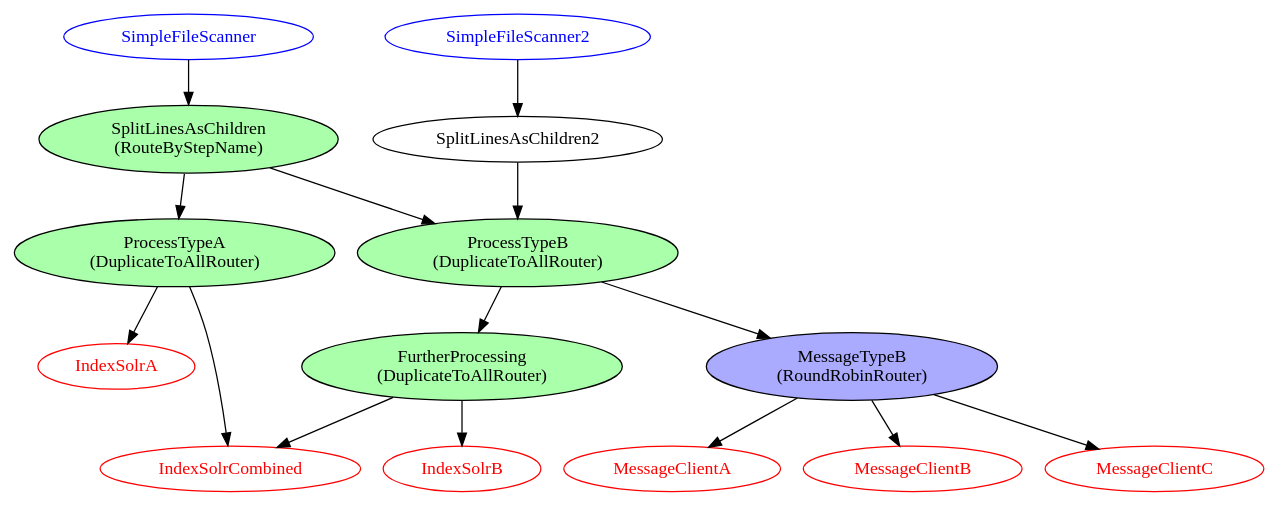
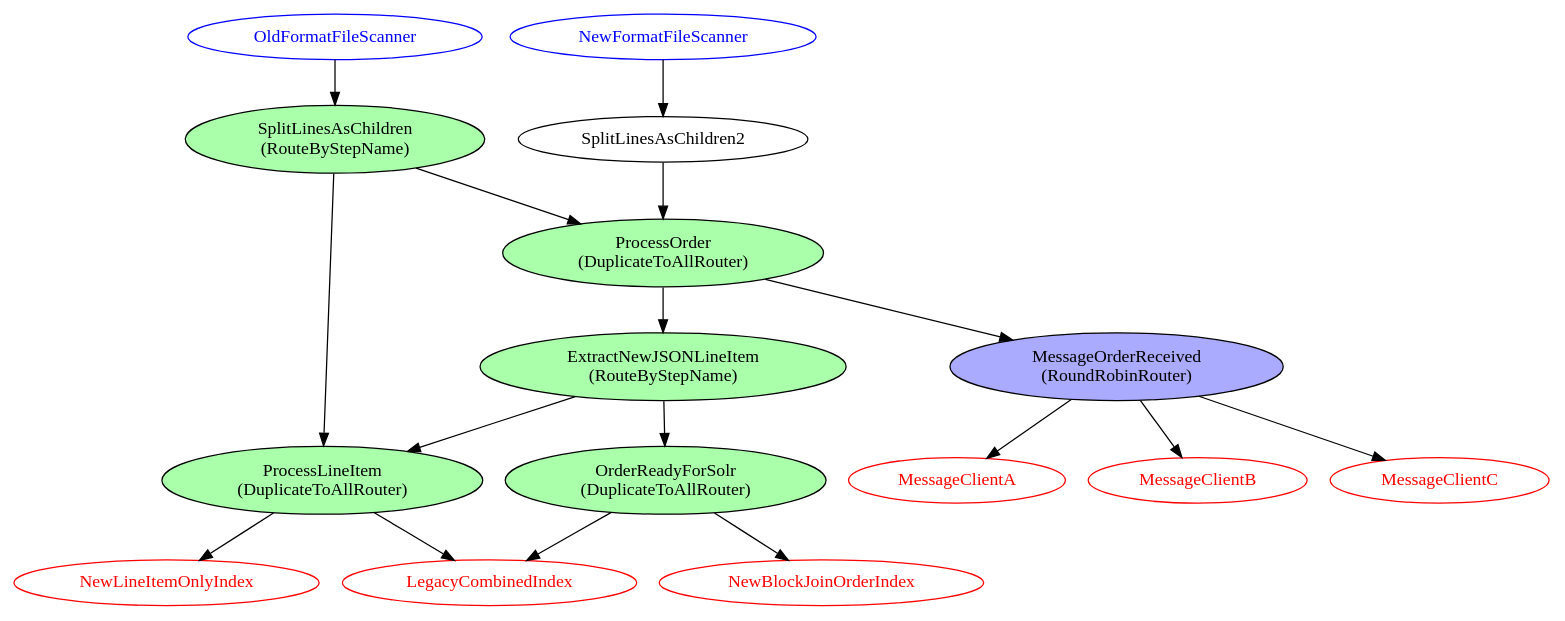
Before and after one commit to nsoft/jesterj: the diagram in code/examples/routing/src/main/graphviz/complex-routing.dot, drawn with Graphviz. The commit also changed 2 other files, not shown here.

Commit message:
Name things so that the complexity is easier to imagine.

```diff
--- a/code/examples/routing/src/main/graphviz/complex-routing.dot
+++ b/code/examples/routing/src/main/graphviz/complex-routing.dot
@@ -1,33 +1,38 @@
 digraph G {
-    SimpleFileScanner [color = "blue" fontcolor = blue]
-    SimpleFileScanner2 [color = "blue" fontcolor = blue]
+    OldFormatFileScanner [color = "blue" fontcolor = blue]
+    NewFormatFileScanner [color = "blue" fontcolor = blue]
     SplitLineAsChildren [label = "SplitLinesAsChildren\n(RouteByStepName)" style = "filled" fillcolor = "#aaFFaa"]
     SplitLineAsChildren2 [label = "SplitLinesAsChildren2"]
-    ProcessTypeA [label = "ProcessTypeA\n(DuplicateToAllRouter)" style = "filled" fillcolor = "#aaFFaa"]
-    ProcessTypeB [label = "ProcessTypeB\n(DuplicateToAllRouter)" style = "filled" fillcolor = "#aaFFaa"]
-    MoreTypeB [label = "FurtherProcessing\n(DuplicateToAllRouter)" style = "filled" fillcolor = "#aaFFaa"]
-    MessageB [label = "MessageTypeB\n(RoundRobinRouter)" style = "filled" fillcolor = "#aaaaff"]
+    ProcessLineItem [label = "ProcessLineItem\n(DuplicateToAllRouter)" style = "filled" fillcolor = "#aaFFaa"]
+    ProcessOrder [label = "ProcessOrder\n(DuplicateToAllRouter)" style = "filled" fillcolor = "#aaFFaa"]
+    MoreOrder [label = "ExtractNewJSONLineItem\n(RouteByStepName)" style = "filled" fillcolor = "#aaFFaa"]
+    MessageB [label = "MessageOrderReceived\n(RoundRobinRouter)" style = "filled" fillcolor = "#aaaaff"]
     MessageClientA [color = red fontcolor = red]
     MessageClientB [color = red fontcolor = red]
     MessageClientC [color = red fontcolor = red]
-    IndexSolrA [color = red fontcolor = red]
-    IndexSolrB [color = red fontcolor = red]
-    IndexSolrCombined [color = red fontcolor = red]
+    OrderReadyForSolr [label="OrderReadyForSolr\n(DuplicateToAllRouter)" style = "filled" fillcolor = "#aaFFaa"]
+    LineItemIndex [label="NewLineItemOnlyIndex" color = red fontcolor = red]
+    OrderIndex [label="NewBlockJoinOrderIndex" color = red fontcolor = red]
+    CombinedIndex [ label="LegacyCombinedIndex" color = red fontcolor = red]
 
 
-    SimpleFileScanner -> SplitLineAsChildren
-    SimpleFileScanner2 -> SplitLineAsChildren2
-    SplitLineAsChildren -> ProcessTypeA
-    SplitLineAsChildren -> ProcessTypeB
-    SplitLineAsChildren2 -> ProcessTypeB
+    OldFormatFileScanner -> SplitLineAsChildren
+    NewFormatFileScanner -> SplitLineAsChildren2
+    SplitLineAsChildren -> ProcessLineItem
+    SplitLineAsChildren -> ProcessOrder
+    SplitLineAsChildren2 -> ProcessOrder
+    MoreOrder -> ProcessLineItem
 
-    ProcessTypeB -> MoreTypeB
-    MoreTypeB -> IndexSolrCombined
-    MoreTypeB -> IndexSolrB
-    ProcessTypeB -> MessageB
-    ProcessTypeA -> IndexSolrA
-    ProcessTypeA -> IndexSolrCombined
+    ProcessOrder -> MoreOrder
+    MoreOrder -> OrderReadyForSolr
+
+
+    OrderReadyForSolr -> CombinedIndex
+    OrderReadyForSolr -> OrderIndex
+    ProcessOrder -> MessageB
+    ProcessLineItem -> LineItemIndex
+    ProcessLineItem -> CombinedIndex
     MessageB -> MessageClientA
     MessageB -> MessageClientB
     MessageB -> MessageClientC
 }
```
